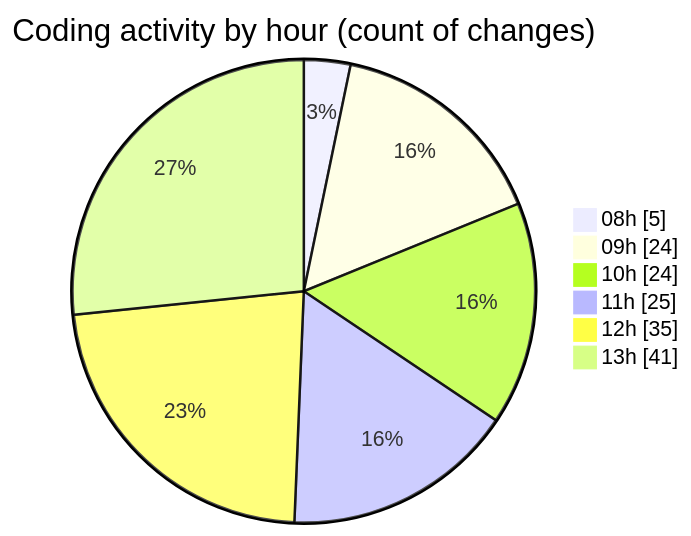
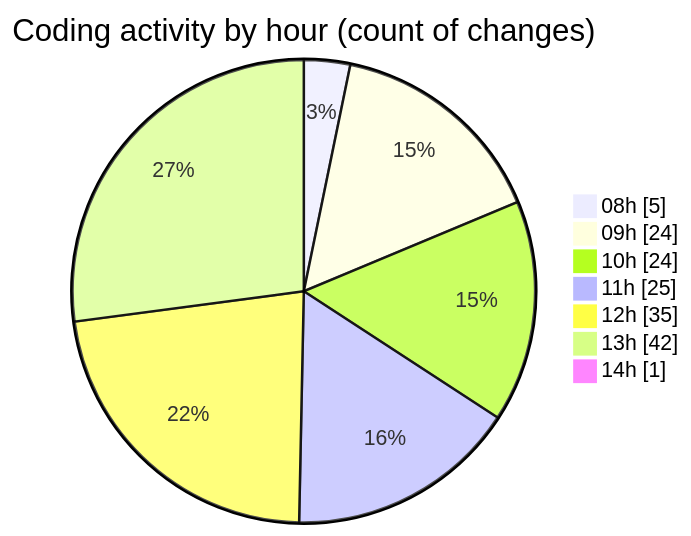
Before and after one commit to momahboobian/code-tracking: the second of 2 diagrams in 2025-11-24/cda/README.md, drawn with Mermaid. The commit also changed other lines of this file and 1 other file, not shown here.

````diff
--- a/2025-11-24/cda/README.md
+++ b/2025-11-24/cda/README.md
@@ -43,10 +43,11 @@
 ```mermaid
 pie showData
 title Coding activity by hour (count of changes)
 "08h" : 5
 "09h" : 24
 "10h" : 24
 "11h" : 25
 "12h" : 35
-"13h" : 41
+"13h" : 42
+"14h" : 1
 ```
````
